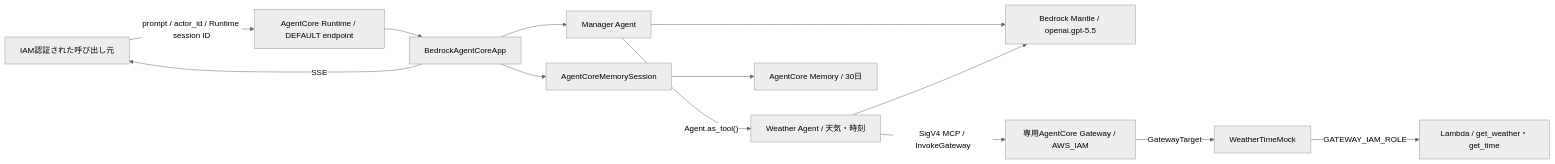
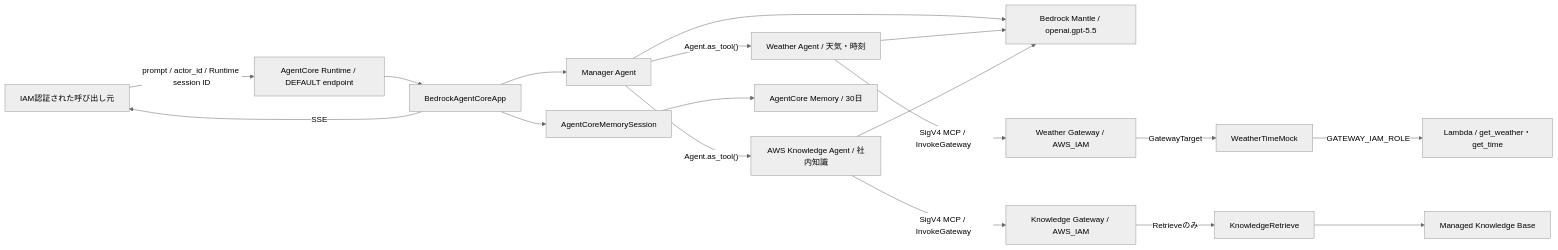
One commit to rafty/OpenAIAgentCore-base changed the first of 2 diagrams in docs/Agent/README.md. Above: the diagram before and after it, drawn with Mermaid (neutral theme). The commit also changed other lines of this file and 39 other files, not shown here.

First line of the commit message:
feat(knowledge): Managed Knowledge Base対応のAWS Knowledge Agentを統合

````diff
--- a/docs/Agent/README.md
+++ b/docs/Agent/README.md
@@ -9,15 +9,20 @@
 ```mermaid
 flowchart LR
     Caller["IAM認証された呼び出し元"] -->|"prompt / actor_id / Runtime session ID"| Runtime["AgentCore Runtime / DEFAULT endpoint"]
     Runtime --> App["BedrockAgentCoreApp"]
     App --> Manager["Manager Agent"]
     Manager -->|"Agent.as_tool()"| Weather["Weather Agent / 天気・時刻"]
+    Manager -->|"Agent.as_tool()"| Knowledge["AWS Knowledge Agent / 社内知識"]
     Manager --> Model["Bedrock Mantle / openai.gpt-5.5"]
     Weather --> Model
-    Weather -->|"SigV4 MCP / InvokeGateway"| Gateway["専用AgentCore Gateway / AWS_IAM"]
-    Gateway -->|"GatewayTarget"| Target["WeatherTimeMock"]
-    Target -->|"GATEWAY_IAM_ROLE"| Lambda["Lambda / get_weather・get_time"]
+    Knowledge --> Model
+    Weather -->|"SigV4 MCP / InvokeGateway"| WeatherGateway["Weather Gateway / AWS_IAM"]
+    WeatherGateway -->|"GatewayTarget"| WeatherTarget["WeatherTimeMock"]
+    WeatherTarget -->|"GATEWAY_IAM_ROLE"| Lambda["Lambda / get_weather・get_time"]
+    Knowledge -->|"SigV4 MCP / InvokeGateway"| KnowledgeGateway["Knowledge Gateway / AWS_IAM"]
+    KnowledgeGateway -->|"Retrieveのみ"| RetrieveTarget["KnowledgeRetrieve"]
+    RetrieveTarget --> KB["Managed Knowledge Base"]
     App --> Session["AgentCoreMemorySession"]
     Session --> Memory["AgentCore Memory / 30日"]
     App -->|"SSE"| Caller
 ```
````
